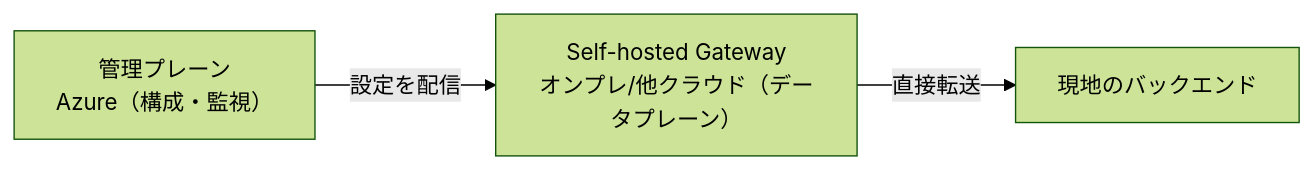
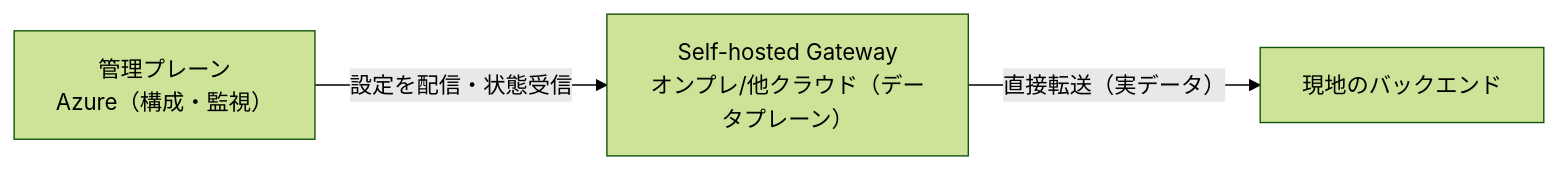
The fifth of 5 diagrams in api-management/notes/week7.md (yoyoma-ru/Azure), drawn with Mermaid (forest theme) before and after one commit. The commit also changed other lines of this file, not shown here.

````diff
--- a/api-management/notes/week7.md
+++ b/api-management/notes/week7.md
@@ -194,9 +220,9 @@
 ```mermaid
 flowchart LR
     MP["管理プレーン<br/>Azure（構成・監視）"]
     SHG["Self-hosted Gateway<br/>オンプレ/他クラウド（データプレーン）"]
     B["現地のバックエンド"]
 
-    MP -->|"設定を配信"| SHG
-    SHG -->|"直接転送"| B
+    MP -->|"設定を配信・状態受信"| SHG
+    SHG -->|"直接転送（実データ）"| B
 ```
````
